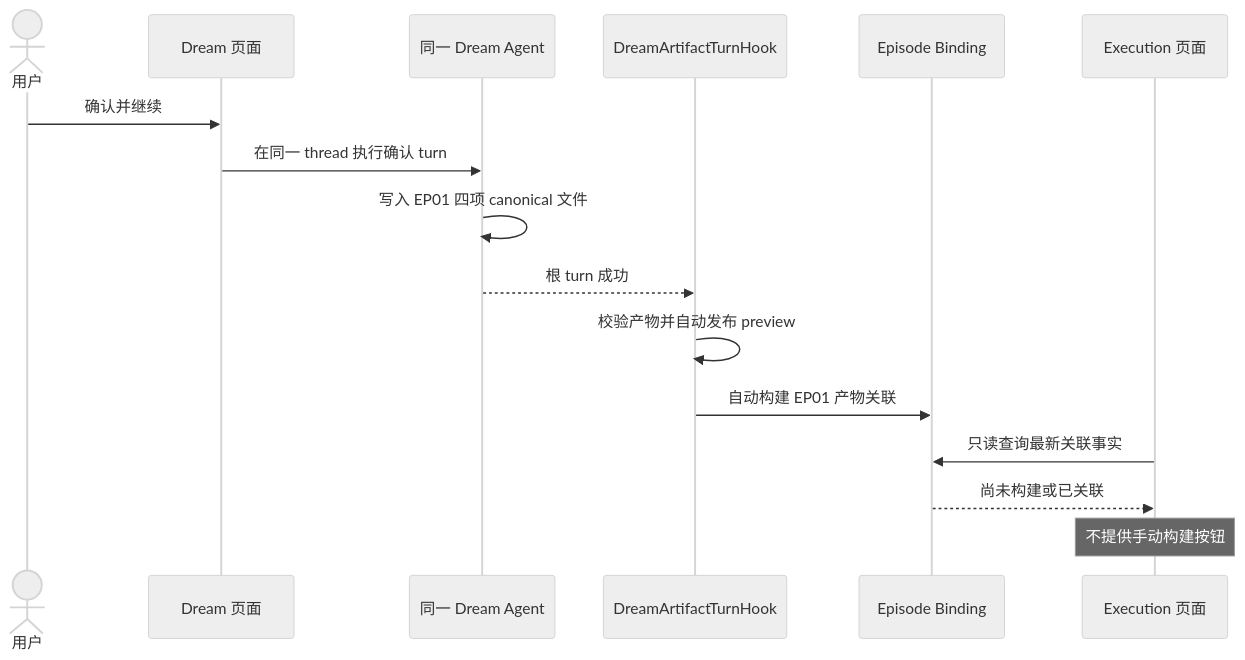
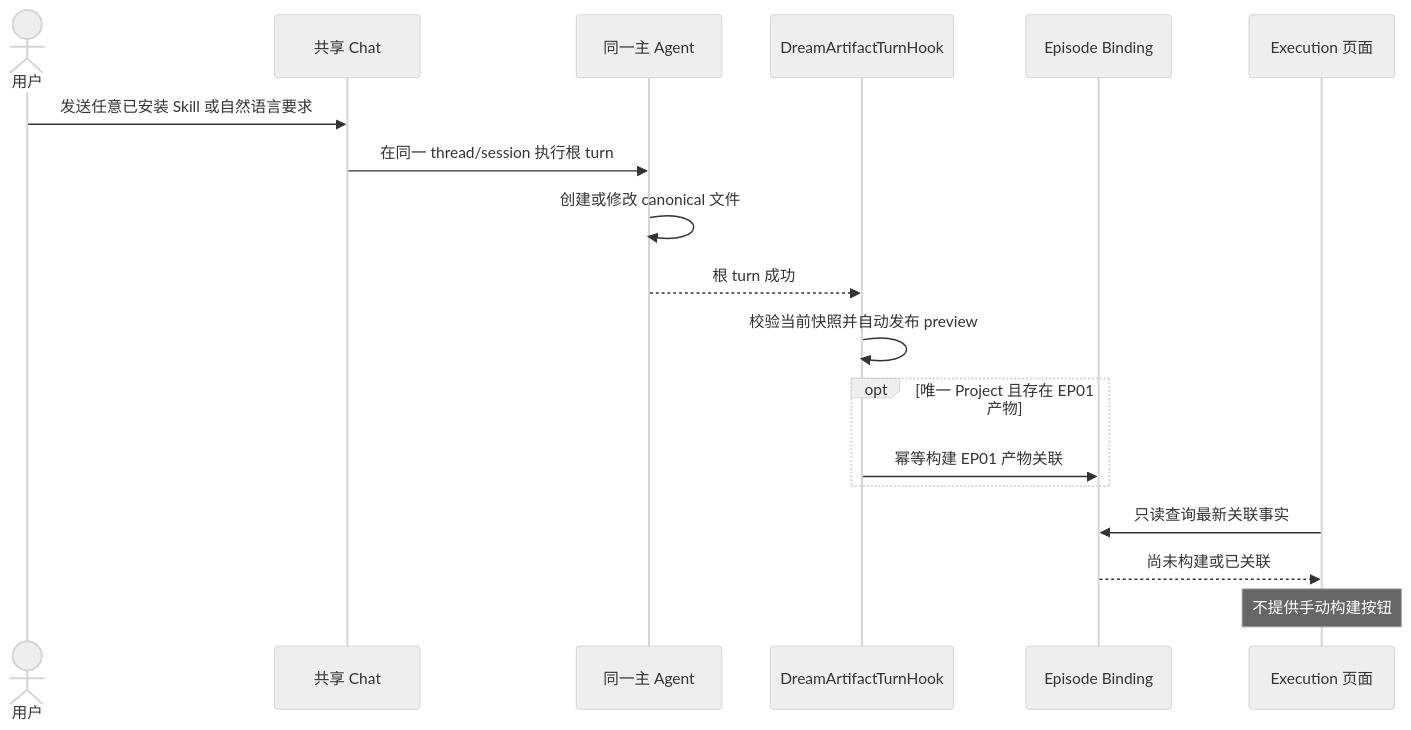
The second of 2 diagrams in docs/design/dream-agent/project-episode-artifact-contract.md (glide-the/im-dream), drawn with Mermaid (neutral theme) before and after one commit. The commit also changed other lines of this file and 99 other files, not shown here.

Commit message:
refactor(dream): replace episode state machine with skill hooks

````diff
--- a/docs/design/dream-agent/project-episode-artifact-contract.md
+++ b/docs/design/dream-agent/project-episode-artifact-contract.md
@@ -87,19 +88,21 @@
 ```mermaid
 sequenceDiagram
     actor U as 用户
-    participant D as Dream 页面
-    participant A as 同一 Dream Agent
+    participant C as 共享 Chat
+    participant A as 同一主 Agent
     participant H as DreamArtifactTurnHook
     participant B as Episode Binding
     participant E as Execution 页面
 
-    U->>D: 确认并继续
-    D->>A: 在同一 thread 执行确认 turn
-    A->>A: 写入 EP01 四项 canonical 文件
+    U->>C: 发送任意已安装 Skill 或自然语言要求
+    C->>A: 在同一 thread/session 执行根 turn
+    A->>A: 创建或修改 canonical 文件
     A-->>H: 根 turn 成功
-    H->>H: 校验产物并自动发布 preview
-    H->>B: 自动构建 EP01 产物关联
+    H->>H: 校验当前快照并自动发布 preview
+    opt 唯一 Project 且存在 EP01 产物
+        H->>B: 幂等构建 EP01 产物关联
+    end
     E->>B: 只读查询最新关联事实
     B-->>E: 尚未构建或已关联
     Note over E: 不提供手动构建按钮
 ```
````
